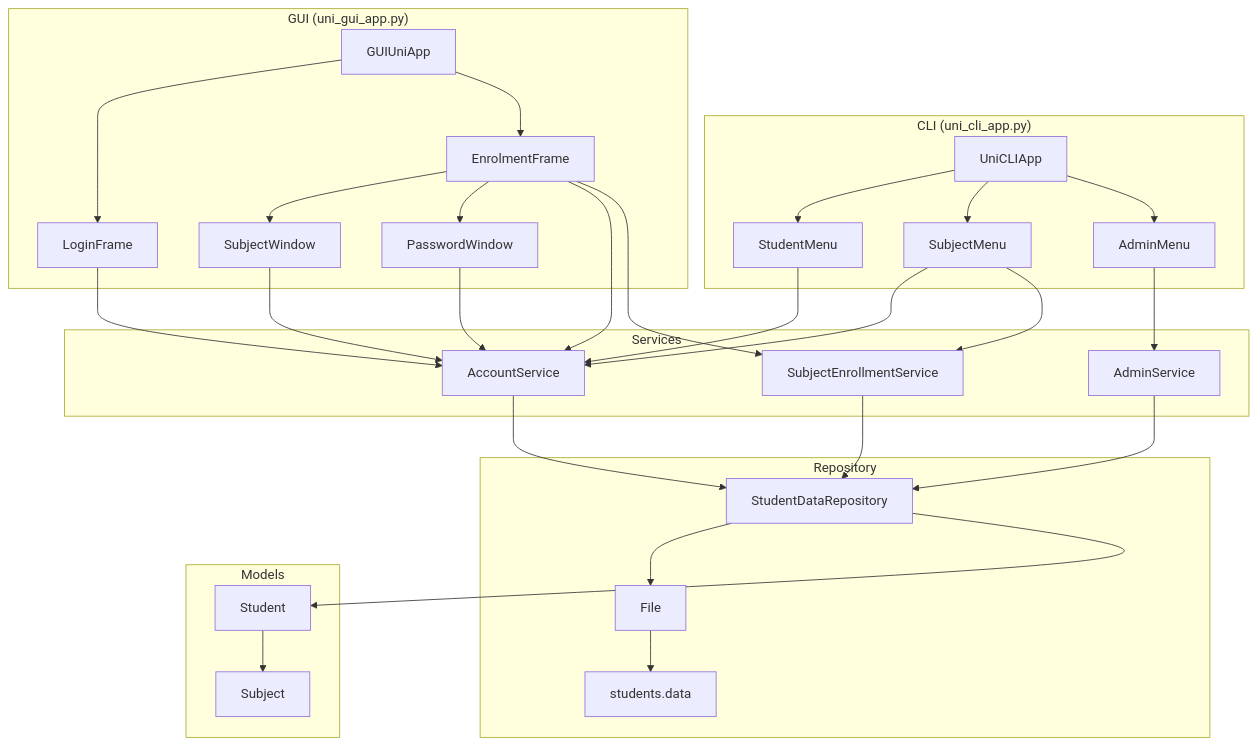
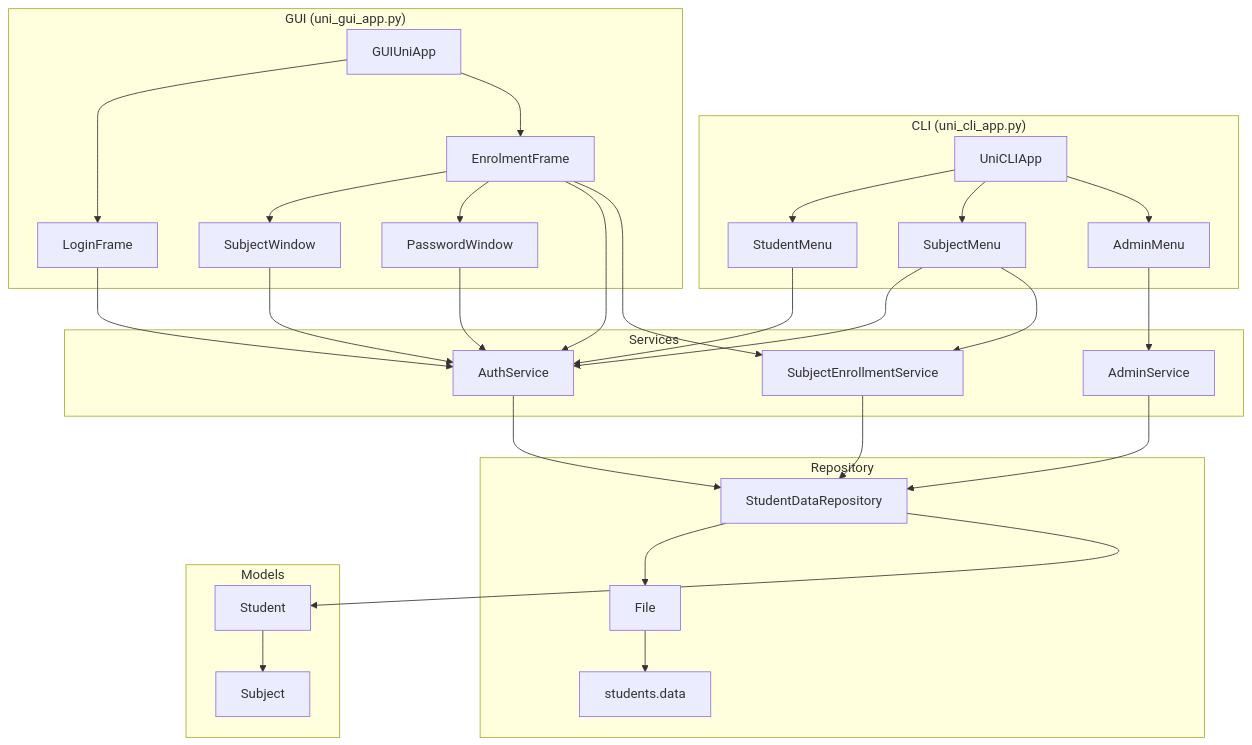
Before and after one commit to shutingst0/uni-app: the first of 2 diagrams in README.md, drawn with Mermaid. The commit also changed other lines of this file and 3 other files, not shown here.

Commit message:
rename account service to auth service

````diff
--- a/README.md
+++ b/README.md
@@ -17,60 +17,60 @@
 ```mermaid
 graph TD
     subgraph CLI ["CLI (uni_cli_app.py)"]
         UniCLIApp
         StudentMenu
         SubjectMenu
         AdminMenu
         UniCLIApp --> StudentMenu
         UniCLIApp --> SubjectMenu
         UniCLIApp --> AdminMenu
     end
 
     subgraph GUI ["GUI (uni_gui_app.py)"]
         GUIUniApp
         LoginFrame
         EnrolmentFrame
         SubjectWindow
         PasswordWindow
         GUIUniApp --> LoginFrame
         GUIUniApp --> EnrolmentFrame
         EnrolmentFrame --> SubjectWindow
         EnrolmentFrame --> PasswordWindow
     end
 
     subgraph Services ["Services"]
-        AccountService
+        AuthService
         SubjectEnrollmentService
         AdminService
     end
 
     subgraph Repository ["Repository"]
         StudentDataRepository
         File
         StudentDataRepository --> File
         File --> students.data
     end
 
     subgraph Models ["Models"]
         Student
         Subject
     end
 
-    StudentMenu --> AccountService
-    SubjectMenu --> AccountService
+    StudentMenu --> AuthService
+    SubjectMenu --> AuthService
     SubjectMenu --> SubjectEnrollmentService
     AdminMenu --> AdminService
 
-    LoginFrame --> AccountService
-    EnrolmentFrame --> AccountService
+    LoginFrame --> AuthService
+    EnrolmentFrame --> AuthService
     EnrolmentFrame --> SubjectEnrollmentService
-    SubjectWindow --> AccountService
-    PasswordWindow --> AccountService
+    SubjectWindow --> AuthService
+    PasswordWindow --> AuthService
 
-    AccountService --> StudentDataRepository
+    AuthService --> StudentDataRepository
     SubjectEnrollmentService --> StudentDataRepository
     AdminService --> StudentDataRepository
 
     StudentDataRepository --> Student
     Student --> Subject
 ```
````
